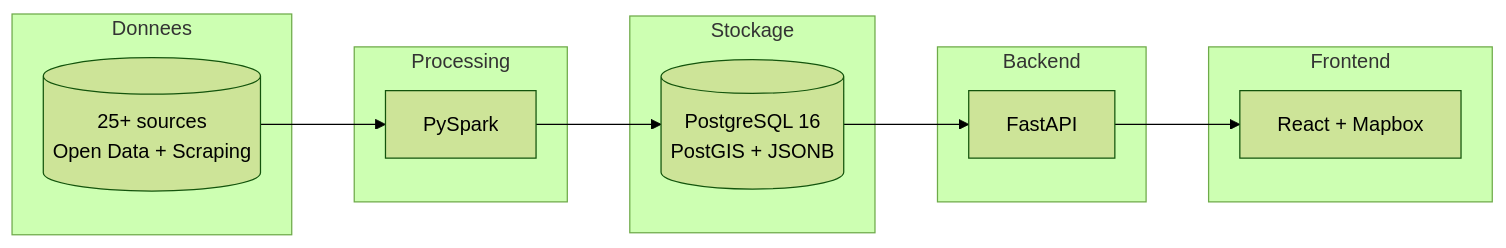
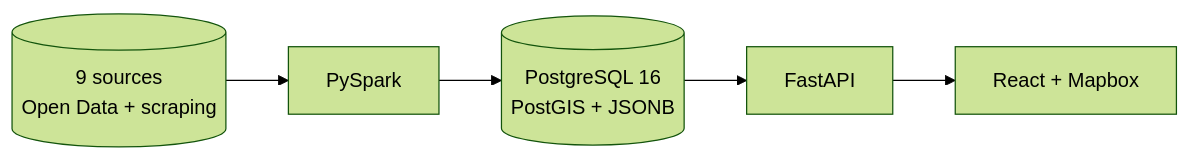
The first of 3 diagrams in docs/cadrage.md (HomePedia-T-DAT-902/homepedia-api), drawn with Mermaid (forest theme) before and after one commit. The commit also changed other lines of this file and 12 other files, not shown here.

````diff
--- a/docs/cadrage.md
+++ b/docs/cadrage.md
@@ -24,23 +23,7 @@
 ```mermaid
 graph LR
-    subgraph Donnees
-        SRC[(25+ sources<br/>Open Data + Scraping)]
-    end
-    subgraph Processing
-        SPARK[PySpark]
-    end
-    subgraph Stockage
-        PG[(PostgreSQL 16<br/>PostGIS + JSONB)]
-    end
-    subgraph Backend
-        API[FastAPI]
-    end
-    subgraph Frontend
-        REACT[React + Mapbox]
-    end
-
-    SRC --> SPARK
-    SPARK --> PG
-    PG --> API
-    API --> REACT
+    SRC[(9 sources<br/>Open Data + scraping)] --> SPARK[PySpark]
+    SPARK --> PG[(PostgreSQL 16<br/>PostGIS + JSONB)]
+    PG --> API[FastAPI]
+    API --> REACT[React + Mapbox]
 ```
````
